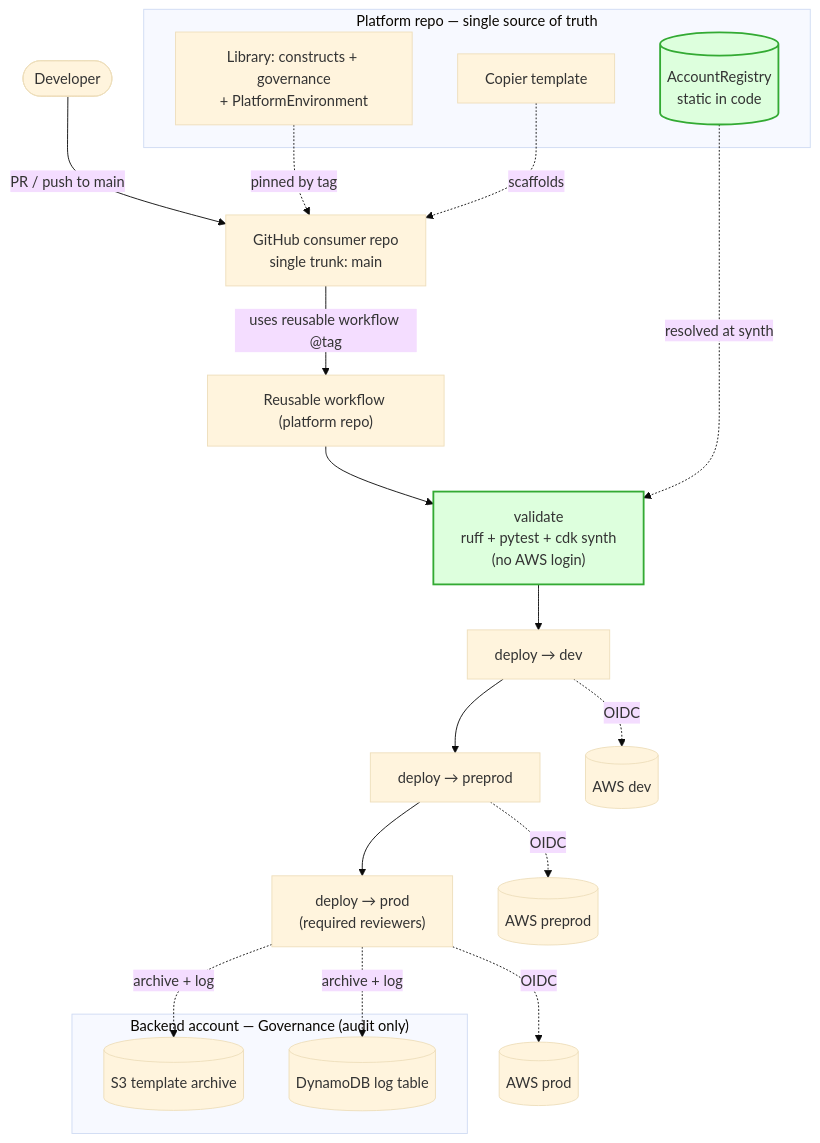
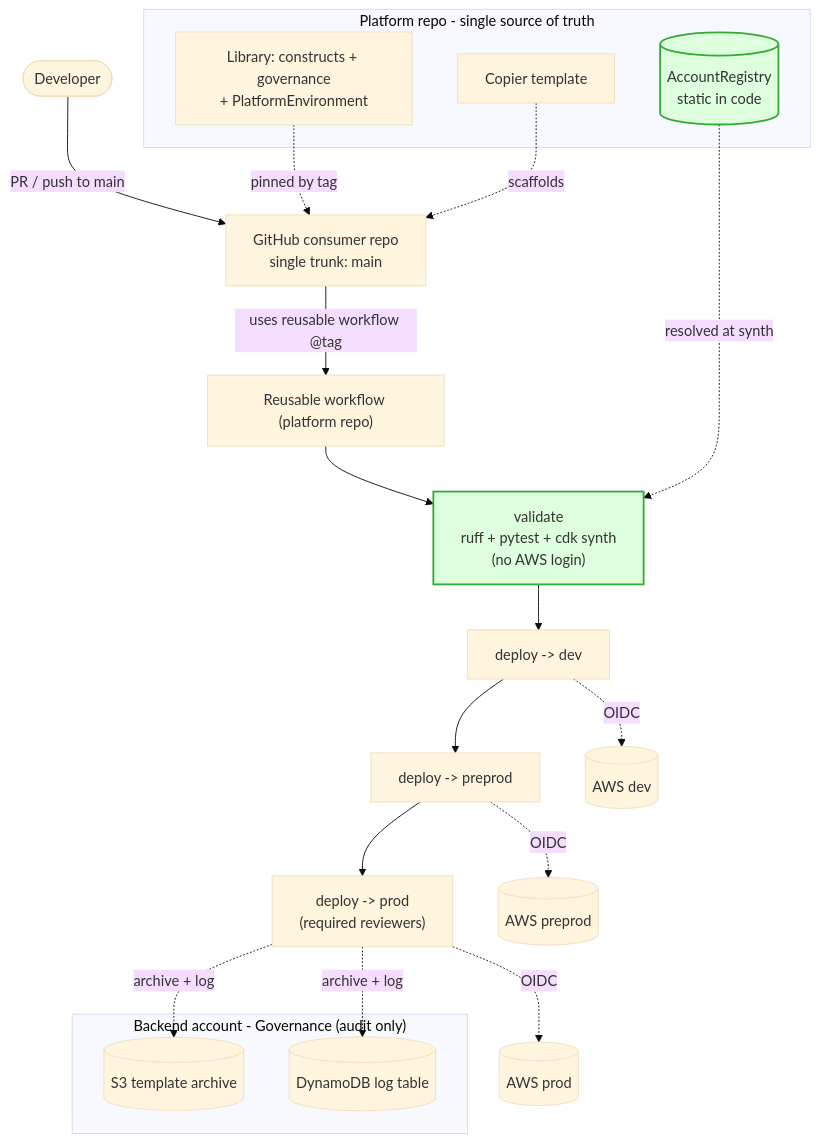
The second of 10 diagrams in docs/architecture.md (michaelfecher/paved-cdk), drawn with Mermaid (base theme) before and after one commit. The commit also changed other lines of this file and 42 other files, not shown here.

Commit message:
docs: normalize typography to ASCII (no em-dashes, arrows, curly quotes); fix stale test count; regenerate diagrams

````diff
--- a/docs/architecture.md
+++ b/docs/architecture.md
@@ -99,31 +99,31 @@
 ```mermaid
 flowchart TB
   DEV([Developer]) -->|"PR / push to main"| REPO["GitHub consumer repo<br/>single trunk: main"]
   REPO -->|"uses reusable workflow @tag"| RW["Reusable workflow (platform repo)"]
 
-  subgraph platform["Platform repo — single source of truth"]
+  subgraph platform["Platform repo - single source of truth"]
     LIB["Library: constructs + governance<br/>+ PlatformEnvironment"]
     REG[(AccountRegistry<br/>static in code)]
     TPL["Copier template"]
   end
 
   RW --> VAL["validate<br/>ruff + pytest + cdk synth<br/>(no AWS login)"]
-  VAL --> DEVS["deploy → dev"] --> TESTS["deploy → preprod"] --> PRODS["deploy → prod<br/>(required reviewers)"]
+  VAL --> DEVS["deploy -> dev"] --> TESTS["deploy -> preprod"] --> PRODS["deploy -> prod<br/>(required reviewers)"]
 
   REG -.resolved at synth.-> VAL
   LIB -.pinned by tag.-> REPO
   TPL -.scaffolds.-> REPO
 
   DEVS -.OIDC.-> ADEV[(AWS dev)]
   TESTS -.OIDC.-> ATEST[(AWS preprod)]
   PRODS -.OIDC.-> APROD[(AWS prod)]
 
-  subgraph govt["Backend account — Governance (audit only)"]
+  subgraph govt["Backend account - Governance (audit only)"]
     ARCH[(S3 template archive)]
     LOGDB[(DynamoDB log table)]
   end
   PRODS -.archive + log.-> ARCH & LOGDB
 
   classDef good fill:#dfd,stroke:#3a3,stroke-width:2px
   class REG,VAL good
 ```
````
